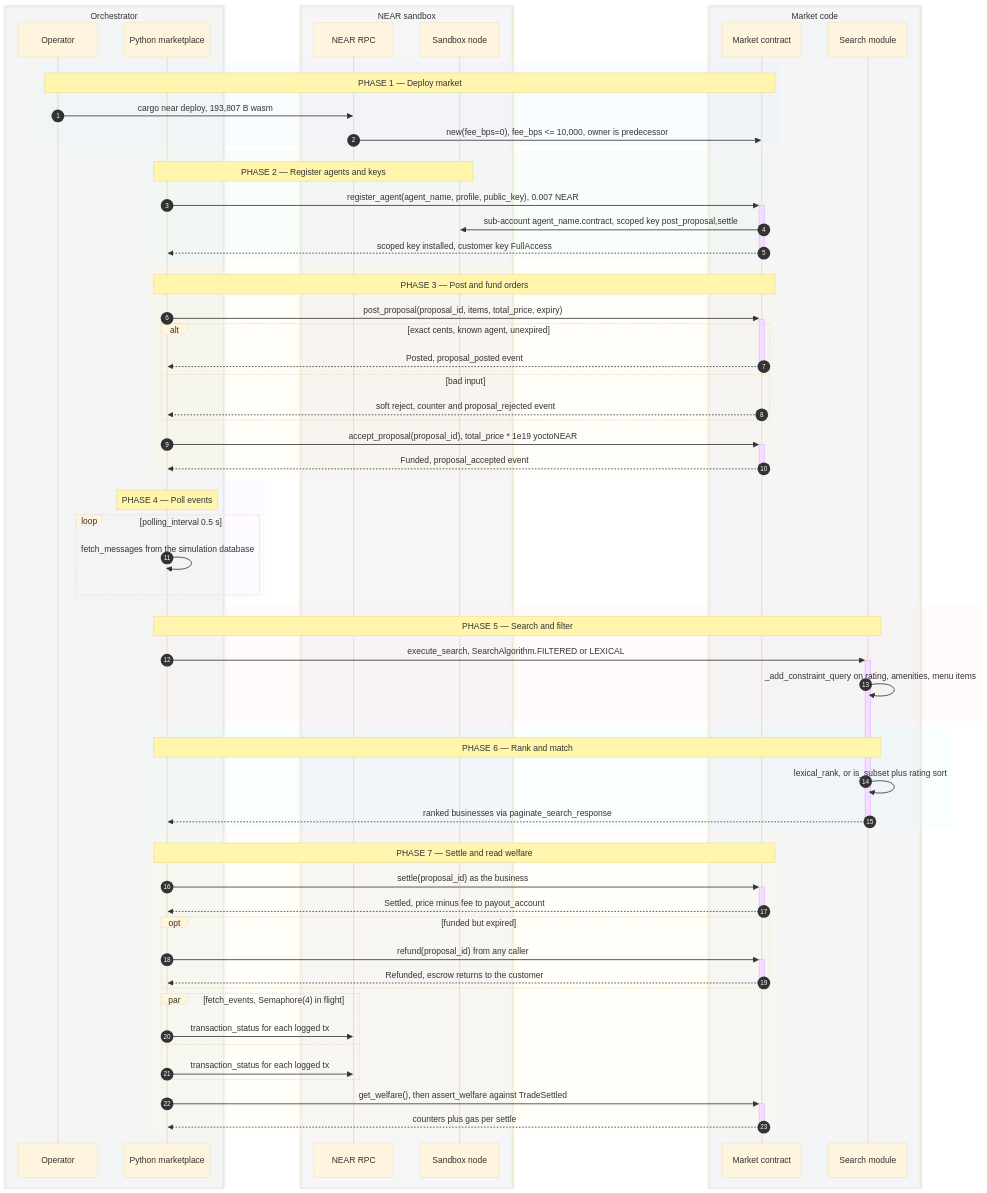
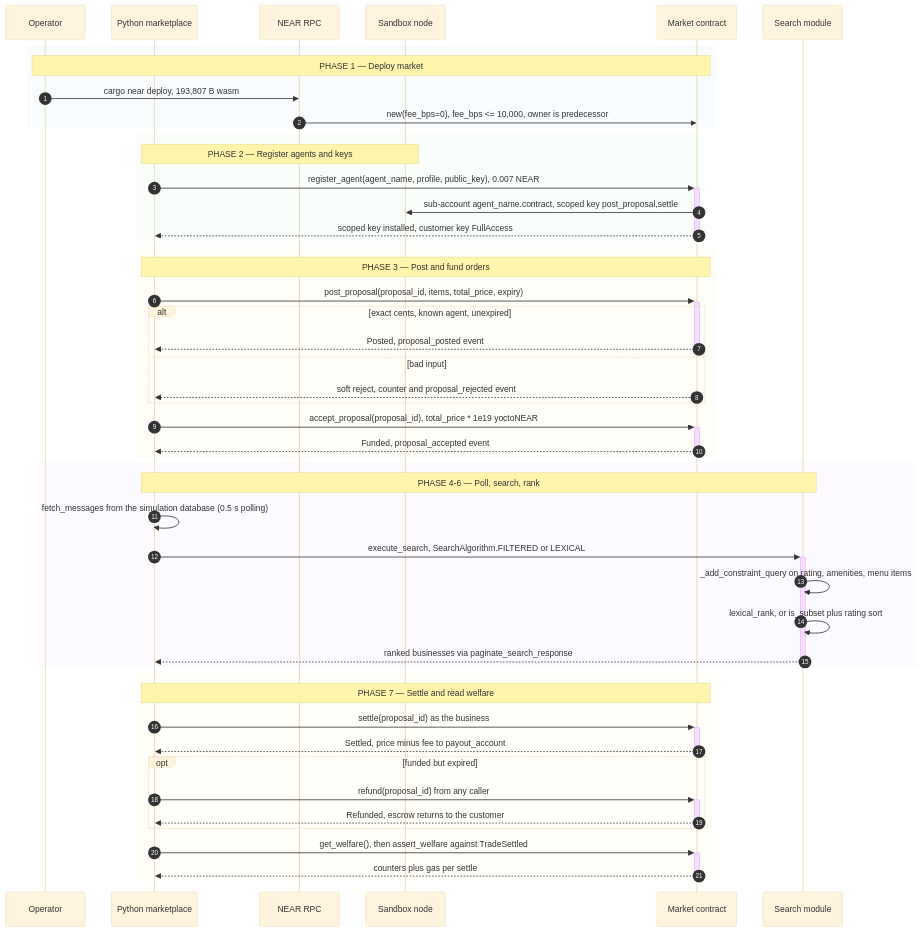
Before and after one commit to p3dr0-coder/two-sided-agent-market: the diagram in README.md, drawn with Mermaid (base theme). The commit also changed other lines of this file, not shown here.

Commit message:
docs(ekklesia): trim README prose (halve mermaid phases, merge demo narration)

````diff
--- a/README.md
+++ b/README.md
@@ -7,72 +7,53 @@
 ```mermaid
 sequenceDiagram
     accTitle: ekklesia runtime flow
     accDescr: Operator deploys the market, registers agents, runs scripted orders, then settles and reads welfare.
     autonumber
-    box rgba(230,247,235,0.12) Orchestrator
     participant U as Operator
     participant P as Python marketplace
-    end
-    box rgba(243,232,255,0.12) NEAR sandbox
     participant R as NEAR RPC
     participant B as Sandbox node
-    end
-    box rgba(226,238,255,0.12) Market code
     participant M as Market contract
     participant S as Search module
-    end
     rect rgba(226,238,255,0.20)
     Note over U,M: PHASE 1 — Deploy market
     U->>R: cargo near deploy, 193,807 B wasm
     R->>M: new(fee_bps=0), fee_bps <= 10,000, owner is predecessor
     end
     rect rgba(230,247,235,0.20)
     Note over P,B: PHASE 2 — Register agents and keys
     P->>+M: register_agent(agent_name, profile, public_key), 0.007 NEAR
     M->>B: sub-account agent_name.contract, scoped key post_proposal,settle
     M-->>-P: scoped key installed, customer key FullAccess
     end
     rect rgba(255,244,214,0.20)
     Note over P,M: PHASE 3 — Post and fund orders
     P->>+M: post_proposal(proposal_id, items, total_price, expiry)
     alt exact cents, known agent, unexpired
     M-->>-P: Posted, proposal_posted event
     else bad input
     M-->>P: soft reject, counter and proposal_rejected event
     end
     P->>+M: accept_proposal(proposal_id), total_price * 1e19 yoctoNEAR
     M-->>-P: Funded, proposal_accepted event
     end
     rect rgba(243,232,255,0.20)
-    Note over P: PHASE 4 — Poll events
-    loop polling_interval 0.5 s
-    P->>P: fetch_messages from the simulation database
-    end
-    end
-    rect rgba(255,232,232,0.20)
-    Note over P,S: PHASE 5 — Search and filter
+    Note over P,S: PHASE 4-6 — Poll, search, rank
+    P->>P: fetch_messages from the simulation database (0.5 s polling)
     P->>+S: execute_search, SearchAlgorithm.FILTERED or LEXICAL
     S->>S: _add_constraint_query on rating, amenities, menu items
-    end
-    rect rgba(224,247,250,0.20)
-    Note over P,S: PHASE 6 — Rank and match
     S->>S: lexical_rank, or is_subset plus rating sort
     S-->>-P: ranked businesses via paginate_search_response
     end
     rect rgba(255,248,225,0.20)
     Note over P,M: PHASE 7 — Settle and read welfare
     P->>+M: settle(proposal_id) as the business
     M-->>-P: Settled, price minus fee to payout_account
     opt funded but expired
     P->>+M: refund(proposal_id) from any caller
     M-->>-P: Refunded, escrow returns to the customer
     end
-    par fetch_events, Semaphore(4) in flight
-    P->>R: transaction_status for each logged tx
-    and
-    P->>R: transaction_status for each logged tx
-    end
     P->>+M: get_welfare(), then assert_welfare against TradeSettled
     M-->>-P: counters plus gas per settle
     end
 ```
````
